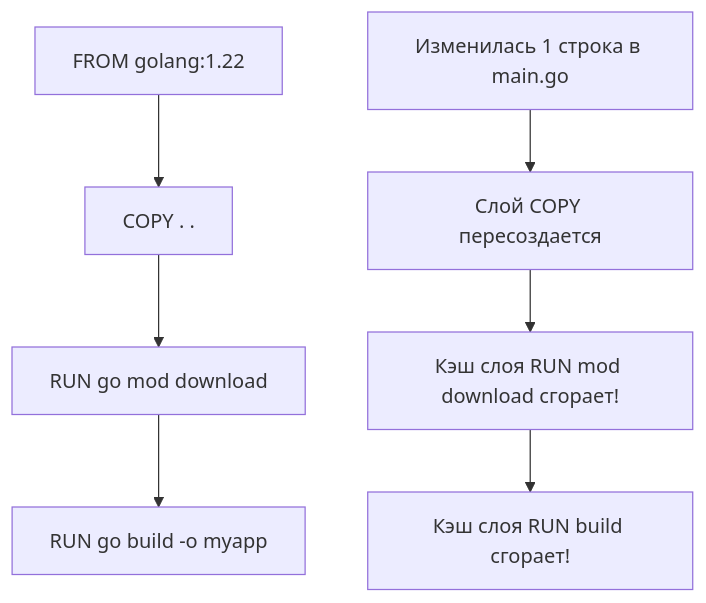
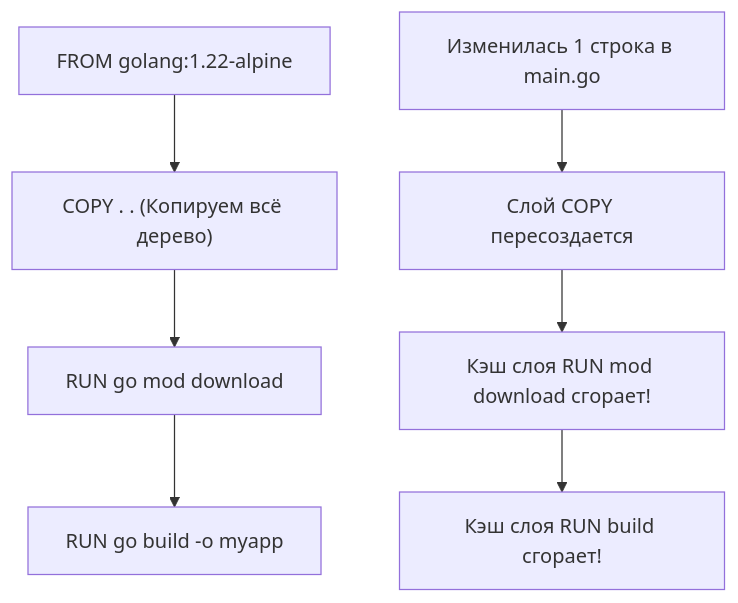
One commit to UnrealTemplier/go-textbook changed the diagram in sources/19. Инфраструктура. Linux, nginx, Docker, Kubernetes/03. Docker/2. Dockerfile best practices.md. Above: the diagram before and after it, drawn with Mermaid. The commit also changed other lines of this file, not shown here.

````diff
--- a/sources/19. Инфраструктура. Linux, nginx, Docker, Kubernetes/03. Docker/2. Dockerfile best practices.md
+++ b/sources/19. Инфраструктура. Linux, nginx, Docker, Kubernetes/03. Docker/2. Dockerfile best practices.md
@@ -12,10 +17,10 @@
 ```mermaid
 flowchart TD
-    A["FROM golang:1.22"] --> B["COPY . ."]
+    A["FROM golang:1.22-alpine"] --> B["COPY . . (Копируем всё дерево)"]
     B --> C["RUN go mod download"]
     C --> D["RUN go build -o myapp"]
     
     E["Изменилась 1 строка в main.go"] --> F["Слой COPY пересоздается"]
     F --> G["Кэш слоя RUN mod download сгорает!"]
     G --> H["Кэш слоя RUN build сгорает!"]
 ```
````
